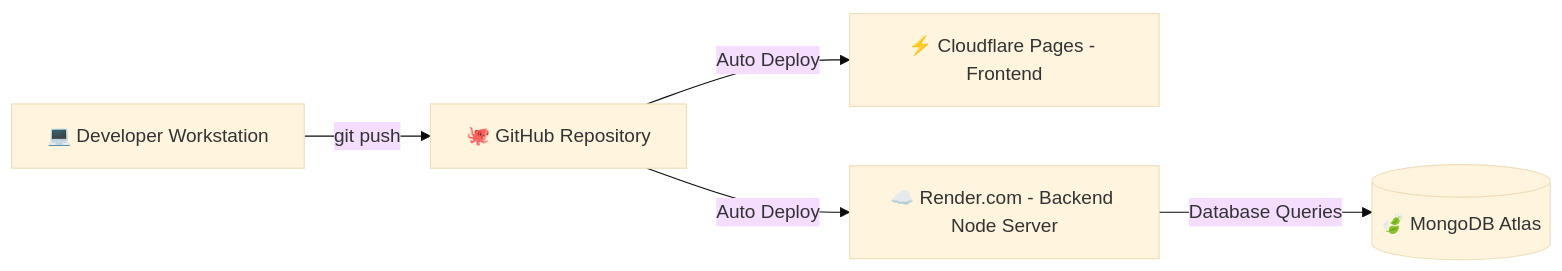
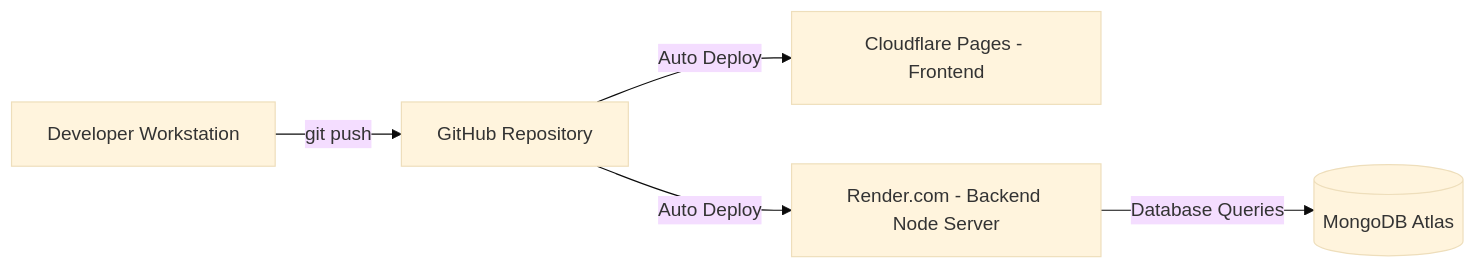
The third of 3 diagrams in info.md (Ram-sah19/Velora-Global), drawn with Mermaid (base theme) before and after one commit. The commit also changed other lines of this file and 20 other files, not shown here.

````diff
--- a/info.md
+++ b/info.md
@@ -205,8 +206,8 @@
 ```mermaid
 graph LR
-    Dev[💻 Developer Workstation]
-    Dev -- git push --> GitHub[🐙 GitHub Repository]
-    GitHub -- Auto Deploy --> CF[⚡ Cloudflare Pages - Frontend]
-    GitHub -- Auto Deploy --> Render[☁️ Render.com - Backend Node Server]
-    Render -- Database Queries --> DB[(🍃 MongoDB Atlas)]
+    Dev[Developer Workstation]
+    Dev -- git push --> GitHub[GitHub Repository]
+    GitHub -- Auto Deploy --> CF[Cloudflare Pages - Frontend]
+    GitHub -- Auto Deploy --> Render[Render.com - Backend Node Server]
+    Render -- Database Queries --> DB[(MongoDB Atlas)]
 ```
````
